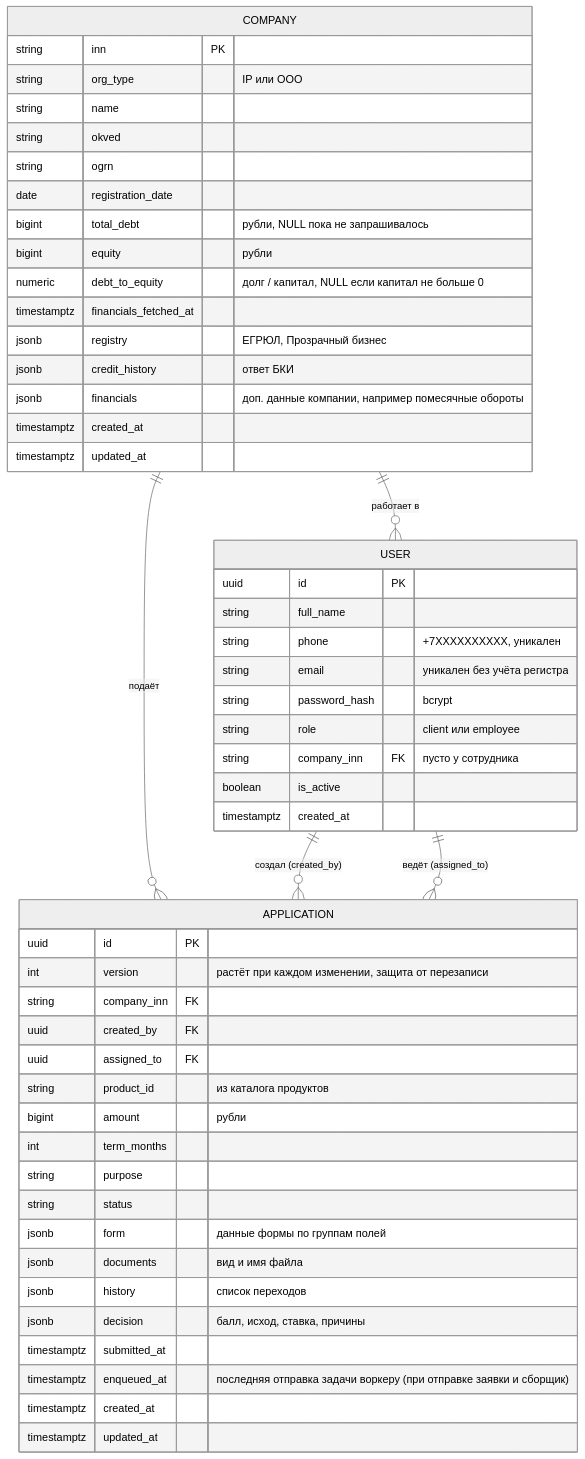
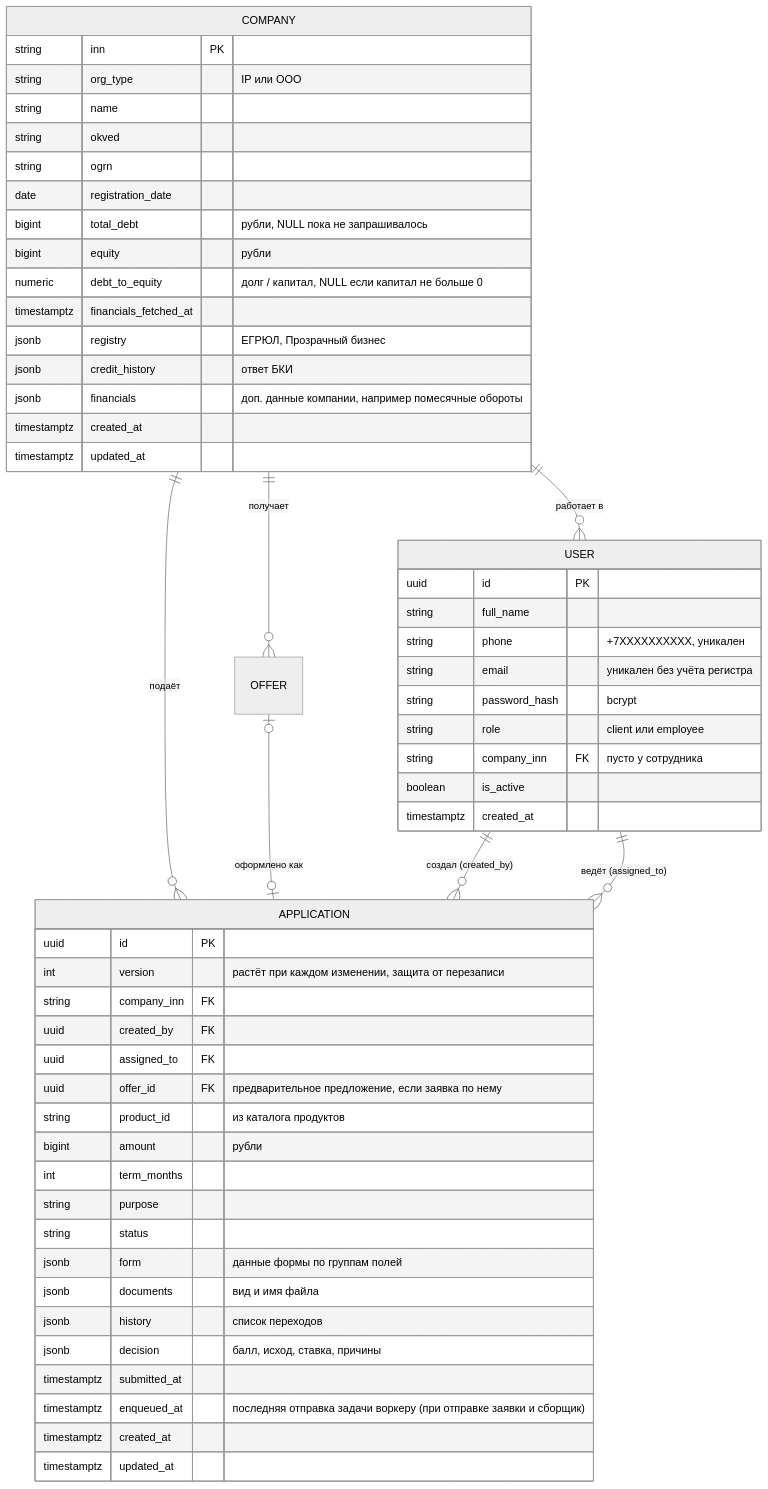
The diagram in docs/data-model.md (rudast/alpha-hack-2026), drawn with Mermaid (neutral theme) before and after one commit. The commit also changed other lines of this file and 30 other files, not shown here.

````diff
--- a/docs/data-model.md
+++ b/docs/data-model.md
@@ -6,56 +6,59 @@
 ```mermaid
 erDiagram
     COMPANY ||--o{ USER : "работает в"
     COMPANY ||--o{ APPLICATION : "подаёт"
+    COMPANY ||--o{ OFFER : "получает"
+    OFFER |o--o| APPLICATION : "оформлено как"
     USER ||--o{ APPLICATION : "создал (created_by)"
     USER ||--o{ APPLICATION : "ведёт (assigned_to)"
 
     COMPANY {
         string inn PK
         string org_type "IP или OOO"
         string name
         string okved
         string ogrn
         date registration_date
         bigint total_debt "рубли, NULL пока не запрашивалось"
         bigint equity "рубли"
         numeric debt_to_equity "долг / капитал, NULL если капитал не больше 0"
         timestamptz financials_fetched_at
         jsonb registry "ЕГРЮЛ, Прозрачный бизнес"
         jsonb credit_history "ответ БКИ"
         jsonb financials "доп. данные компании, например помесячные обороты"
         timestamptz created_at
         timestamptz updated_at
     }
     USER {
         uuid id PK
         string full_name
         string phone "+7XXXXXXXXXX, уникален"
         string email "уникален без учёта регистра"
         string password_hash "bcrypt"
         string role "client или employee"
         string company_inn FK "пусто у сотрудника"
         boolean is_active
         timestamptz created_at
     }
     APPLICATION {
         uuid id PK
         int version "растёт при каждом изменении, защита от перезаписи"
         string company_inn FK
         uuid created_by FK
         uuid assigned_to FK
+        uuid offer_id FK "предварительное предложение, если заявка по нему"
         string product_id "из каталога продуктов"
         bigint amount "рубли"
         int term_months
         string purpose
         string status
         jsonb form "данные формы по группам полей"
         jsonb documents "вид и имя файла"
         jsonb history "список переходов"
         jsonb decision "балл, исход, ставка, причины"
         timestamptz submitted_at
         timestamptz enqueued_at "последняя отправка задачи воркеру (при отправке заявки и сборщик)"
         timestamptz created_at
         timestamptz updated_at
     }
 ```
````
